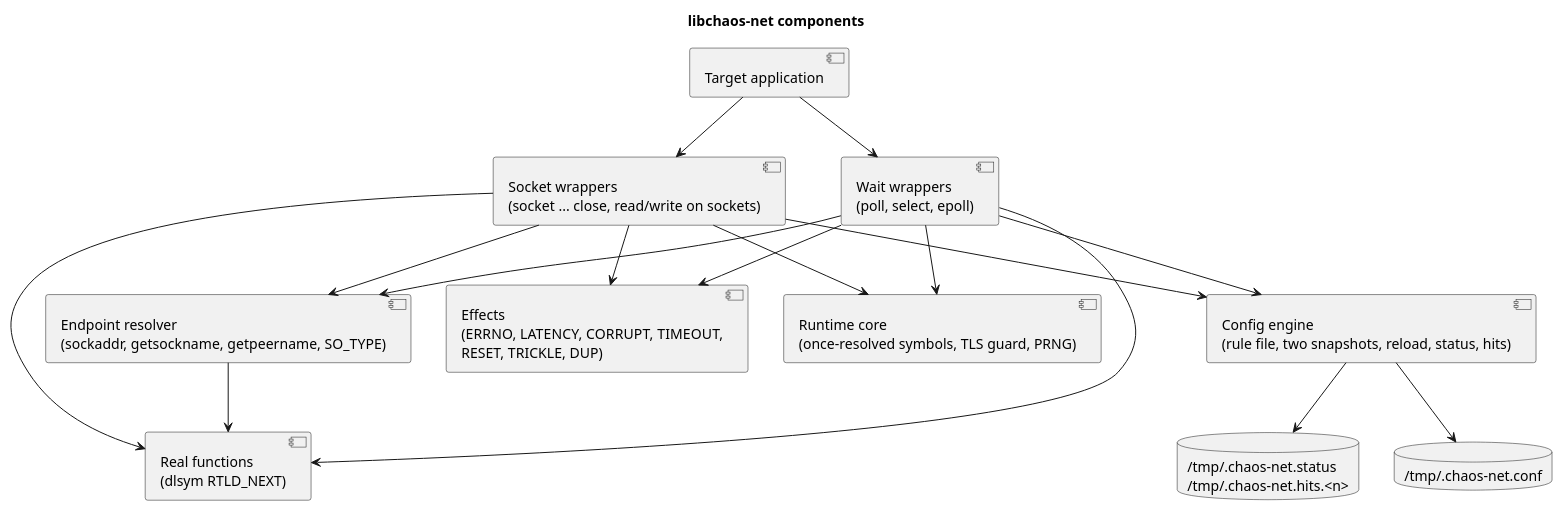
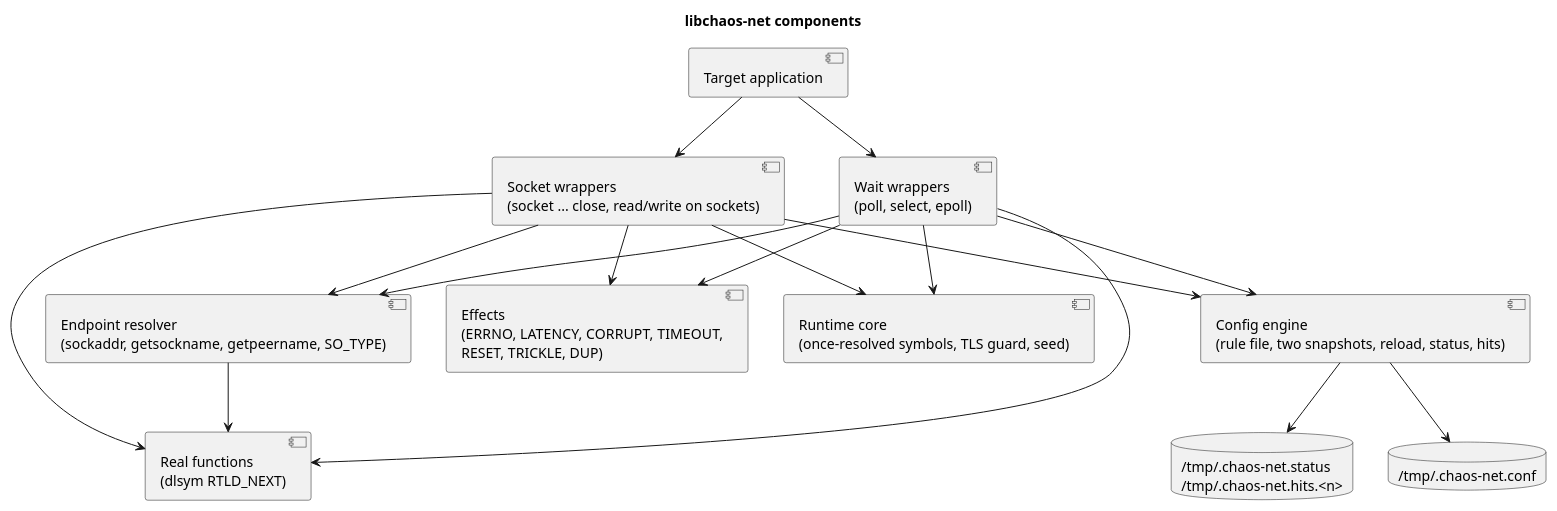
One commit to macstab/macstab-chaos-testing-libraries changed the first of 3 diagrams in docs/NETWORK.md. Above: the diagram before and after it, drawn with PlantUML. The commit also changed other lines of this file and 17 other files, not shown here.

````diff
--- a/docs/NETWORK.md
+++ b/docs/NETWORK.md
@@ -302,32 +302,32 @@
 ```plantuml
 @startuml
 title libchaos-net components
 
 component "Target application" as App
 component "Socket wrappers\n(socket ... close, read/write on sockets)" as Sock
 component "Wait wrappers\n(poll, select, epoll)" as Wait
-component "Runtime core\n(once-resolved symbols, TLS guard, PRNG)" as Core
+component "Runtime core\n(once-resolved symbols, TLS guard, seed)" as Core
 component "Config engine\n(rule file, two snapshots, reload, status, hits)" as Config
 component "Endpoint resolver\n(sockaddr, getsockname, getpeername, SO_TYPE)" as Resolver
 component "Effects\n(ERRNO, LATENCY, CORRUPT, TIMEOUT,\nRESET, TRICKLE, DUP)" as Effects
 component "Real functions\n(dlsym RTLD_NEXT)" as Real
 database "/tmp/.chaos-net.conf" as ConfigFile
 database "/tmp/.chaos-net.status\n/tmp/.chaos-net.hits.<n>" as Reports
 
 App --> Sock
 App --> Wait
 Sock --> Core
 Wait --> Core
 Sock --> Resolver
 Wait --> Resolver
 Sock --> Config
 Wait --> Config
 Sock --> Effects
 Wait --> Effects
 Sock --> Real
 Wait --> Real
 Resolver --> Real
 Config --> ConfigFile
 Config --> Reports
 @enduml
 ```
````
